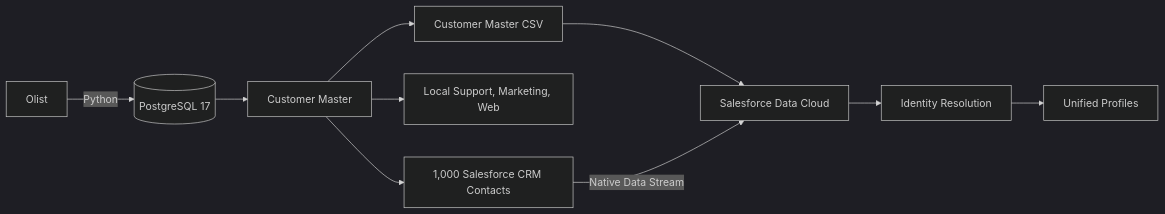
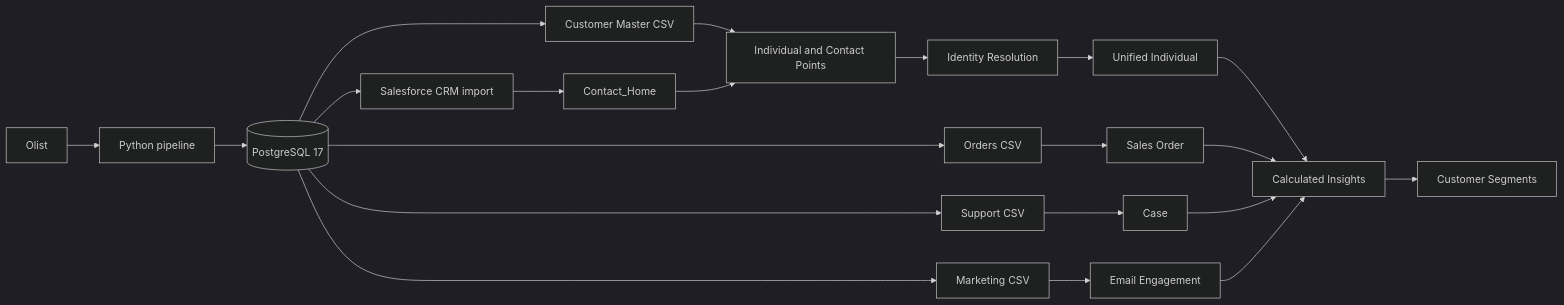
One commit to FelipeEnne/salesforce-data360-customer-intelligence changed the diagram in README.md. Above: the diagram before and after it, drawn with Mermaid (dark theme). The commit also changed other lines of this file and 22 other files, not shown here.

Commit message:
docs: present completed Salesforce Data Cloud   MVP

````diff
--- a/README.md
+++ b/README.md
@@ -17,12 +23,26 @@
 ```mermaid
 flowchart LR
-    O[Olist] -->|Python| P[(PostgreSQL 17)]
-    P --> CM[Customer Master]
-    CM --> CSV[Customer Master CSV]
-    CM --> L[Local Support, Marketing, Web]
-    CSV --> DC[Salesforce Data Cloud]
-    CM --> CRM[1,000 Salesforce CRM Contacts]
-    CRM -->|Native Data Stream| DC
-    DC --> IR[Identity Resolution]
-    IR --> UP[Unified Profiles]
+    O[Olist] --> PY[Python pipeline]
+    PY --> PG[(PostgreSQL 17)]
+    PG --> CM[Customer Master CSV]
+    PG --> ORD[Orders CSV]
+    PG --> SUP[Support CSV]
+    PG --> MKT[Marketing CSV]
+    PG --> SF[Salesforce CRM import]
+
+    CM --> IND[Individual and Contact Points]
+    SF --> CRM[Contact_Home]
+    CRM --> IND
+    IND --> IR[Identity Resolution]
+    IR --> UI[Unified Individual]
+
+    ORD --> SO[Sales Order]
+    SUP --> CASE[Case]
+    MKT --> EMAIL[Email Engagement]
+
+    UI --> CI[Calculated Insights]
+    SO --> CI
+    CASE --> CI
+    EMAIL --> CI
+    CI --> SEG[Customer Segments]
 ```
````
